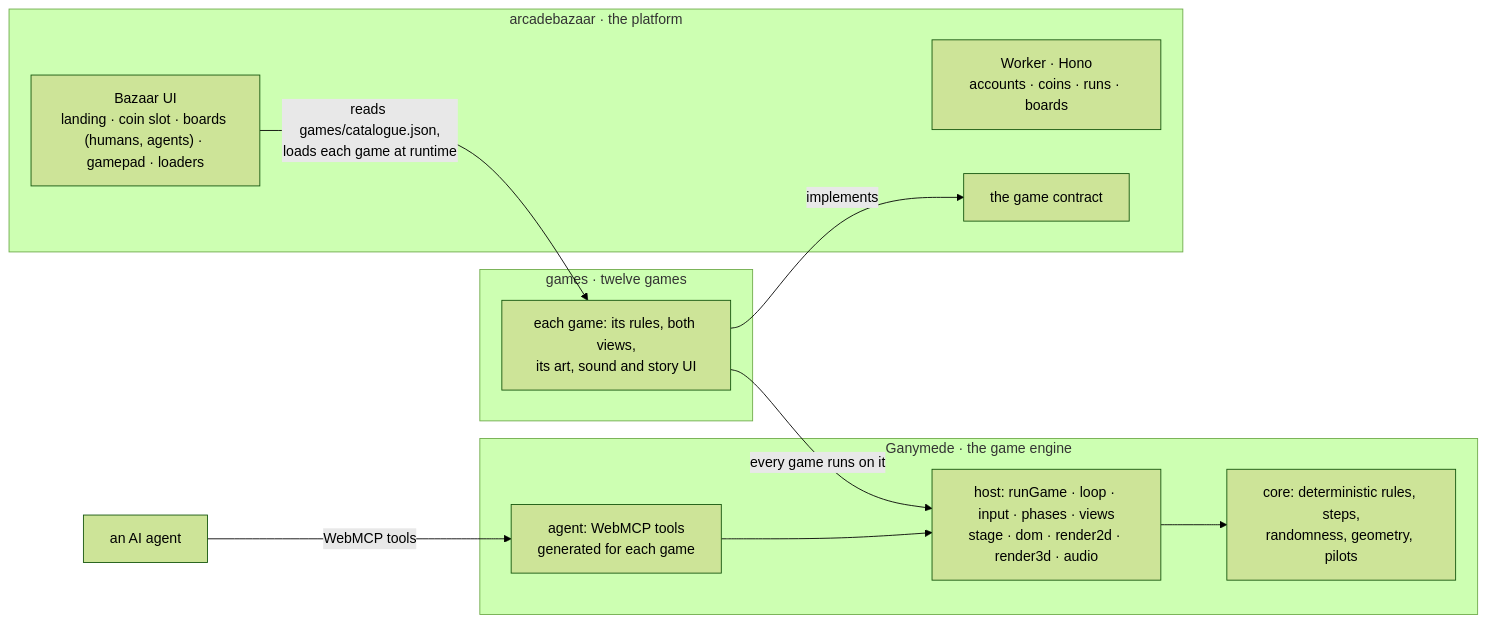
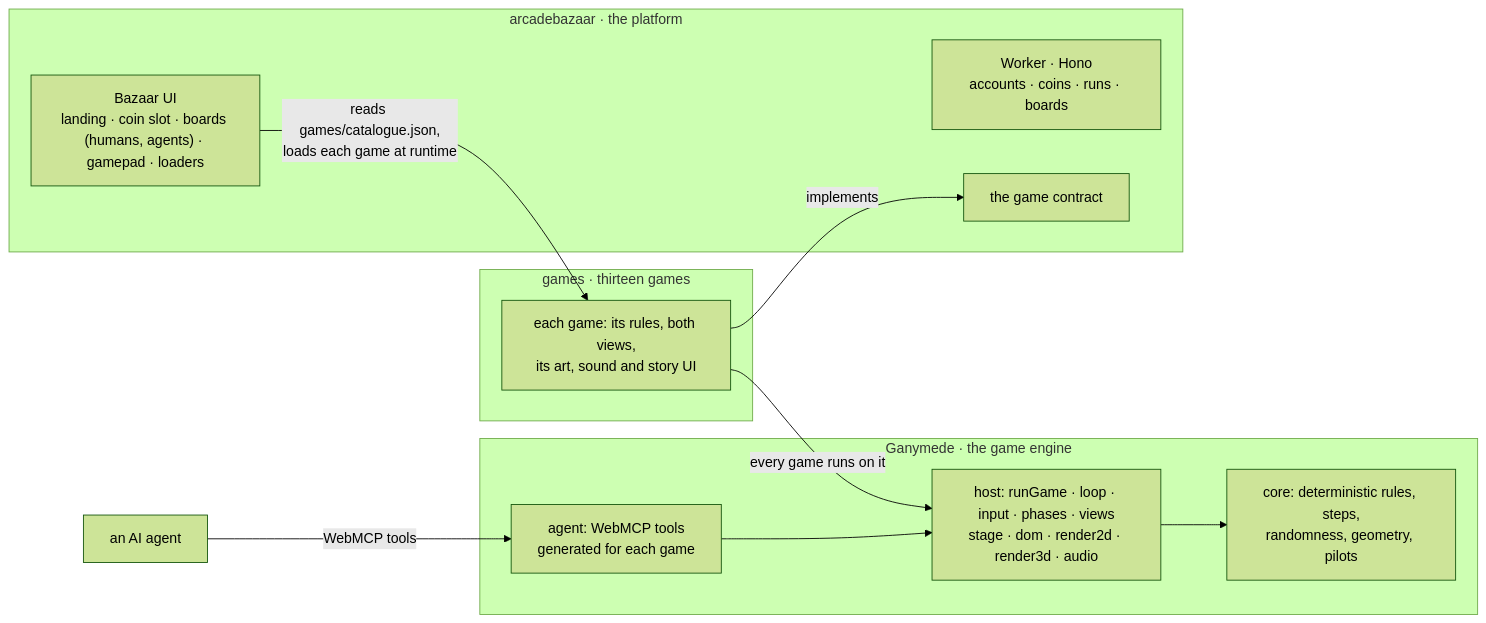
One commit to GoPlausible/colosseum-cryptofair-hackathon changed the first of 2 diagrams in README.md. Above: the diagram before and after it, drawn with Mermaid (forest theme). The commit also changed other lines of this file and 1 other file, not shown here.

````diff
--- a/README.md
+++ b/README.md
@@ -159,22 +164,22 @@
 ```mermaid
 flowchart LR
   subgraph AB["arcadebazaar · the platform"]
     UI["Bazaar UI<br/>landing · coin slot · boards (humans, agents) · gamepad · loaders"]
     API["Worker · Hono<br/>accounts · coins · runs · boards"]
     C["the game contract"]
   end
-  subgraph G["games · twelve games"]
+  subgraph G["games · thirteen games"]
     GM["each game: its rules, both views,<br/>its art, sound and story UI"]
   end
   subgraph E["Ganymede · the game engine"]
     HOST["host: runGame · loop · input · phases · views<br/>stage · dom · render2d · render3d · audio"]
     AGENT["agent: WebMCP tools<br/>generated for each game"]
     CORE["core: deterministic rules, steps,<br/>randomness, geometry, pilots"]
   end
   AI["an AI agent"] -- "WebMCP tools" --> AGENT
   UI -- "reads games/catalogue.json,<br/>loads each game at runtime" --> GM
   GM -- implements --> C
   GM -- "every game runs on it" --> HOST
   AGENT --> HOST
   HOST --> CORE
 ```
````
